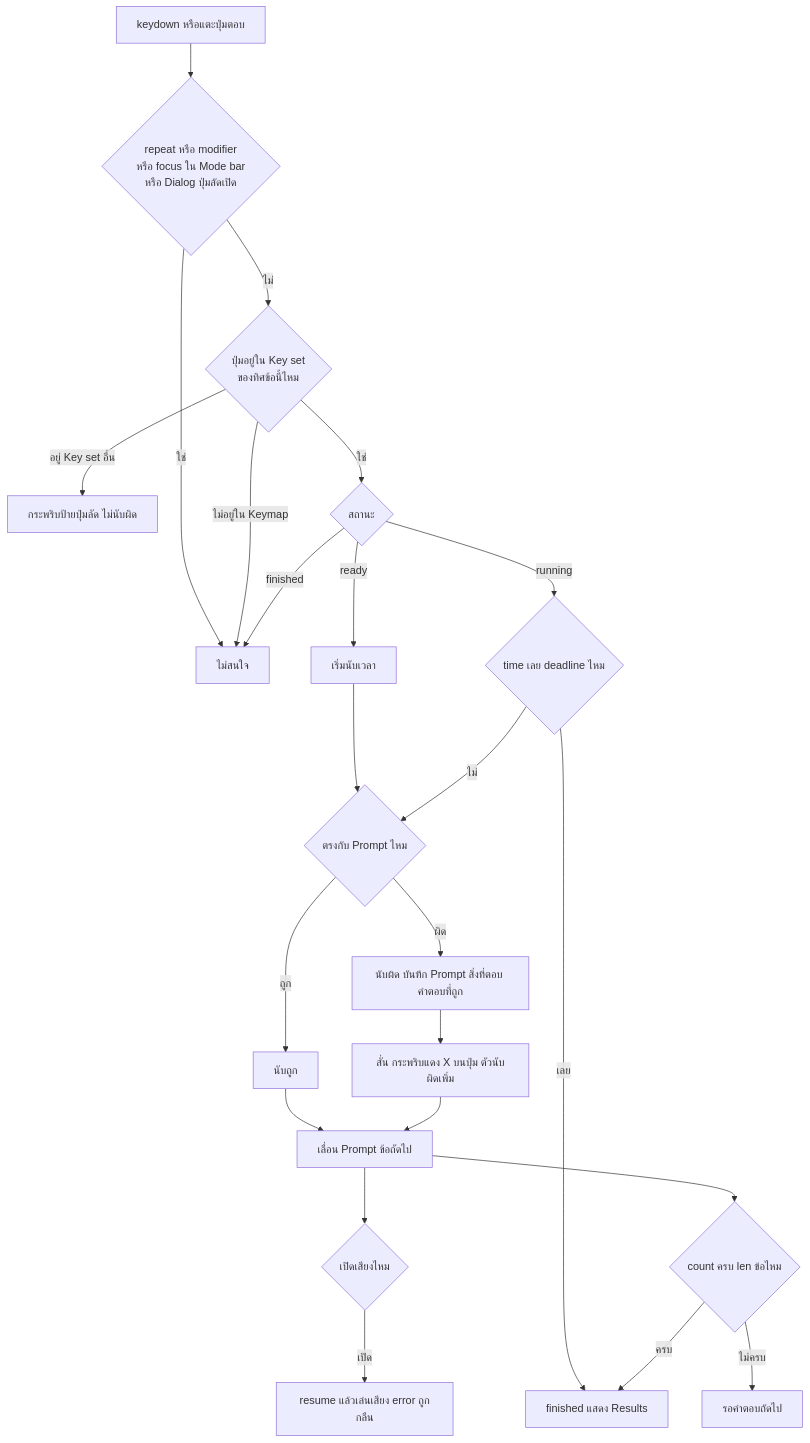
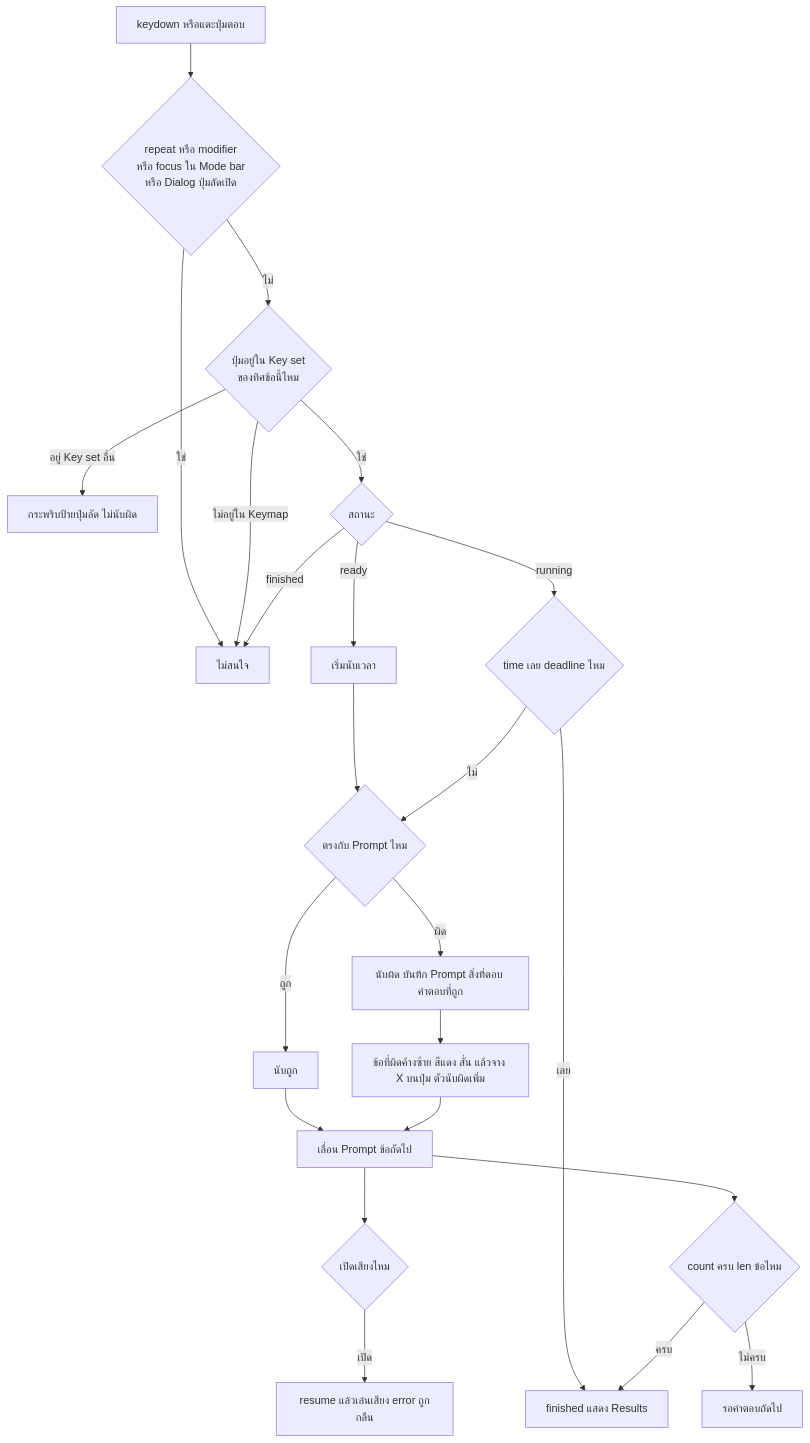
The second of 3 diagrams in docs/features/note-name-quiz/flow.md (mousemouse094526/piano-quest), drawn with Mermaid before and after one commit. The commit also changed 12 other files, not shown here.

````diff
--- a/docs/features/note-name-quiz/flow.md
+++ b/docs/features/note-name-quiz/flow.md
@@ -37,25 +37,25 @@
 ```mermaid
 flowchart TD
     A[keydown หรือแตะปุ่มตอบ] --> A1{repeat หรือ modifier<br/>หรือ focus ใน Mode bar<br/>หรือ Dialog ปุ่มลัดเปิด}
     A1 -- ใช่ --> Z0[ไม่สนใจ]
     A1 -- ไม่ --> B{ปุ่มอยู่ใน Key set<br/>ของทิศข้อนี้ไหม}
     B -- อยู่ Key set อื่น --> Z[กระพริบป้ายปุ่มลัด ไม่นับผิด]
     B -- ไม่อยู่ใน Keymap --> Z0
     B -- ใช่ --> C{สถานะ}
     C -- finished --> Z0
     C -- ready --> D[เริ่มนับเวลา]
     D --> E{ตรงกับ Prompt ไหม}
     C -- running --> T{time เลย deadline ไหม}
     T -- เลย --> M
     T -- ไม่ --> E
     E -- ถูก --> F[นับถูก]
     F --> I[เลื่อน Prompt ข้อถัดไป]
     I --> G{เปิดเสียงไหม}
     G -- เปิด --> H[resume แล้วเล่นเสียง error ถูกกลืน]
     E -- ผิด --> J[นับผิด บันทึก Prompt สิ่งที่ตอบ คำตอบที่ถูก]
-    J --> K[สั่น กระพริบแดง X บนปุ่ม ตัวนับผิดเพิ่ม]
+    J --> K[ข้อที่ผิดค้างซ้าย สีแดง สั่น แล้วจาง X บนปุ่ม ตัวนับผิดเพิ่ม]
     K --> I
     I --> L{count ครบ len ข้อไหม}
     L -- ครบ --> M[finished แสดง Results]
     L -- ไม่ครบ --> N[รอคำตอบถัดไป]
 ```
````
